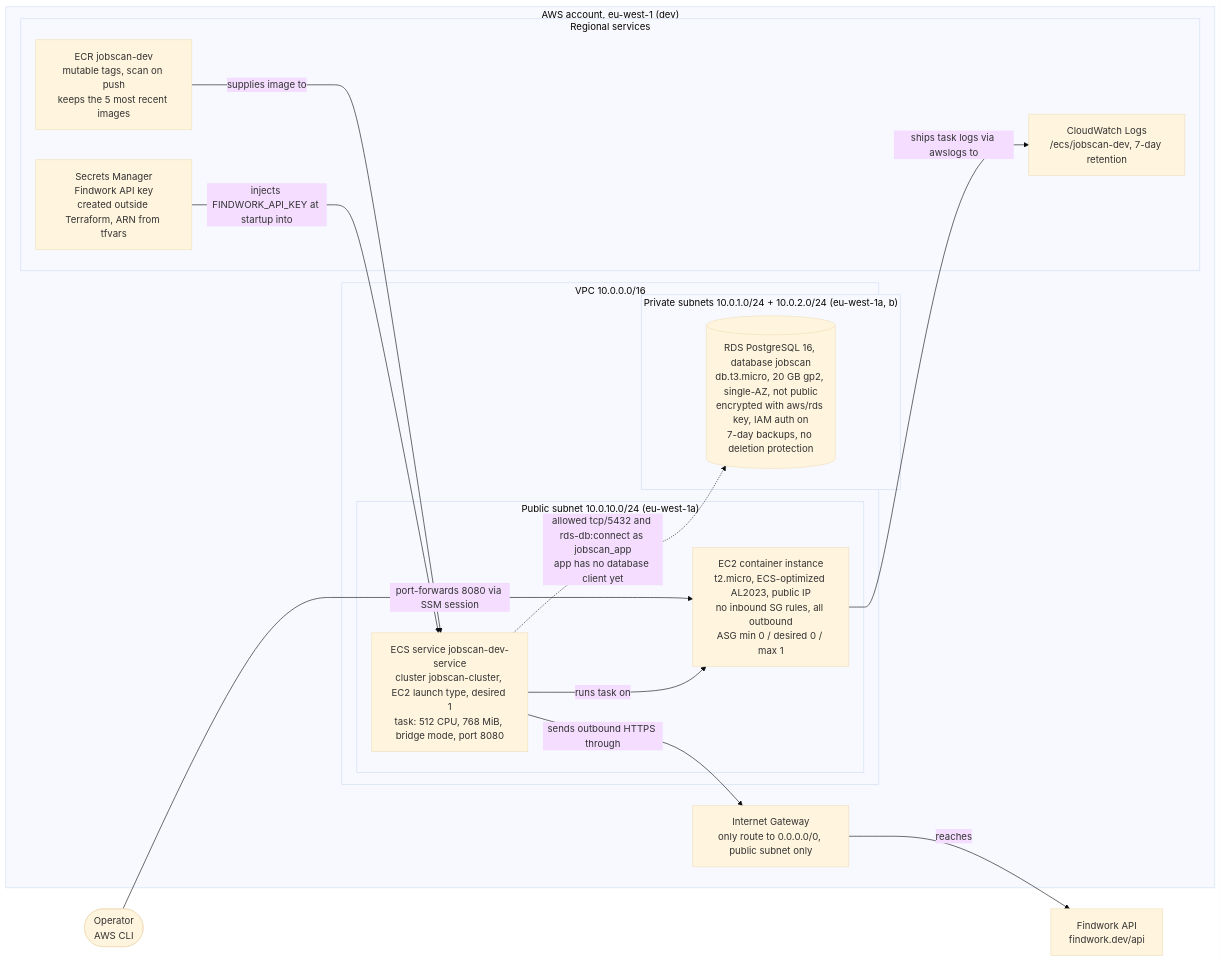
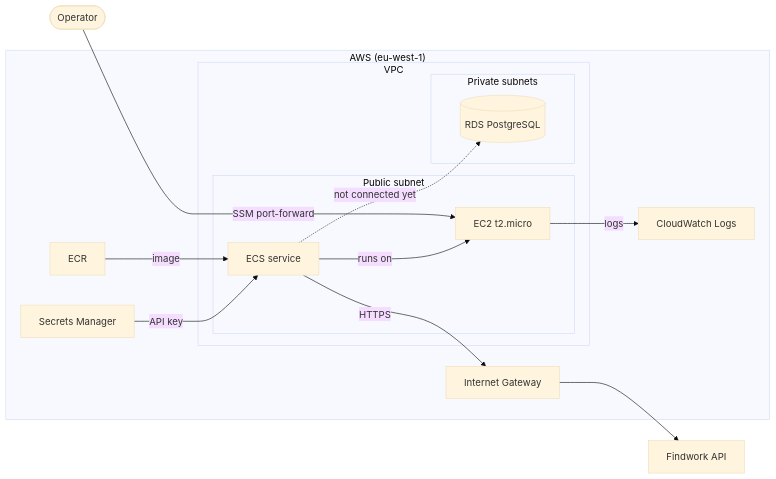
The diagram in infrastructure-architecture.mmd (ferranmarlet/job-scanner), drawn with Mermaid (base theme) before and after one commit. The commit also changed 1 other file, not shown here.

Commit message:
feat: simplify architecture diagram

```diff
--- a/infrastructure-architecture.mmd
+++ b/infrastructure-architecture.mmd
@@ -1,37 +1,33 @@
-%% source: terraform/main.tf, terraform/variables.tf, terraform/dev.tfvars (environment: dev, working tree)
-%% source: runtime edges to Findwork from src/main/resources/application.properties; operator edge from README.md; deployment workflow (scripts/*.sh) left out on purpose
+%% source: terraform/main.tf, terraform/dev.tfvars (environment: dev); Findwork edge from application.properties; operator edge from README.md
 flowchart LR
-    operator(["Operator<br/>AWS CLI"])
-    findworkApi["Findwork API<br/>findwork.dev/api"]
+    operator(["Operator"])
+    findworkApi["Findwork API"]
 
-    subgraph awsAccount["AWS account, eu-west-1 (dev)"]
-        internetGateway["Internet Gateway<br/>only route to 0.0.0.0/0, public subnet only"]
+    subgraph awsAccount["AWS (eu-west-1)"]
+        internetGateway["Internet Gateway"]
+        ecrRepository["ECR"]
+        cloudwatchLogs["CloudWatch Logs"]
+        findworkSecret["Secrets Manager"]
 
-        subgraph vpc["VPC 10.0.0.0/16"]
-            subgraph publicSubnet["Public subnet 10.0.10.0/24 (eu-west-1a)"]
-                appService["ECS service jobscan-dev-service<br/>cluster jobscan-cluster, EC2 launch type, desired 1<br/>task: 512 CPU, 768 MiB, bridge mode, port 8080"]
-                ecsInstance["EC2 container instance<br/>t2.micro, ECS-optimized AL2023, public IP<br/>no inbound SG rules, all outbound<br/>ASG min 0 / desired 0 / max 1"]
+        subgraph vpc["VPC"]
+            subgraph publicSubnet["Public subnet"]
+                appService["ECS service"]
+                ecsInstance["EC2 t2.micro"]
             end
 
-            subgraph privateSubnets["Private subnets 10.0.1.0/24 + 10.0.2.0/24 (eu-west-1a, b)"]
-                rdsPostgres[("RDS PostgreSQL 16, database jobscan<br/>db.t3.micro, 20 GB gp2, single-AZ, not public<br/>encrypted with aws/rds key, IAM auth on<br/>7-day backups, no deletion protection")]
+            subgraph privateSubnets["Private subnets"]
+                rdsPostgres[("RDS PostgreSQL")]
             end
-        end
-
-        subgraph regionalServices["Regional services"]
-            ecrRepository["ECR jobscan-dev<br/>mutable tags, scan on push<br/>keeps the 5 most recent images"]
-            cloudwatchLogs["CloudWatch Logs<br/>/ecs/jobscan-dev, 7-day retention"]
-            findworkSecret["Secrets Manager<br/>Findwork API key<br/>created outside Terraform, ARN from tfvars"]
         end
     end
 
     operator ~~~ appService
-    operator -->|"port-forwards 8080 via SSM session"| ecsInstance
+    operator -->|"SSM port-forward"| ecsInstance
 
-    appService -->|"runs task on"| ecsInstance
-    ecrRepository -->|"supplies image to"| appService
-    findworkSecret -->|"injects FINDWORK_API_KEY at startup into"| appService
-    ecsInstance -->|"ships task logs via awslogs to"| cloudwatchLogs
-    appService -->|"sends outbound HTTPS through"| internetGateway
-    internetGateway -->|"reaches"| findworkApi
-    appService -.->|"allowed tcp/5432 and rds-db:connect as jobscan_app<br/>app has no database client yet"| rdsPostgres
+    appService -->|"runs on"| ecsInstance
+    ecrRepository -->|"image"| appService
+    findworkSecret -->|"API key"| appService
+    ecsInstance -->|"logs"| cloudwatchLogs
+    appService -->|"HTTPS"| internetGateway
+    internetGateway --> findworkApi
+    appService -.->|"not connected yet"| rdsPostgres
```
